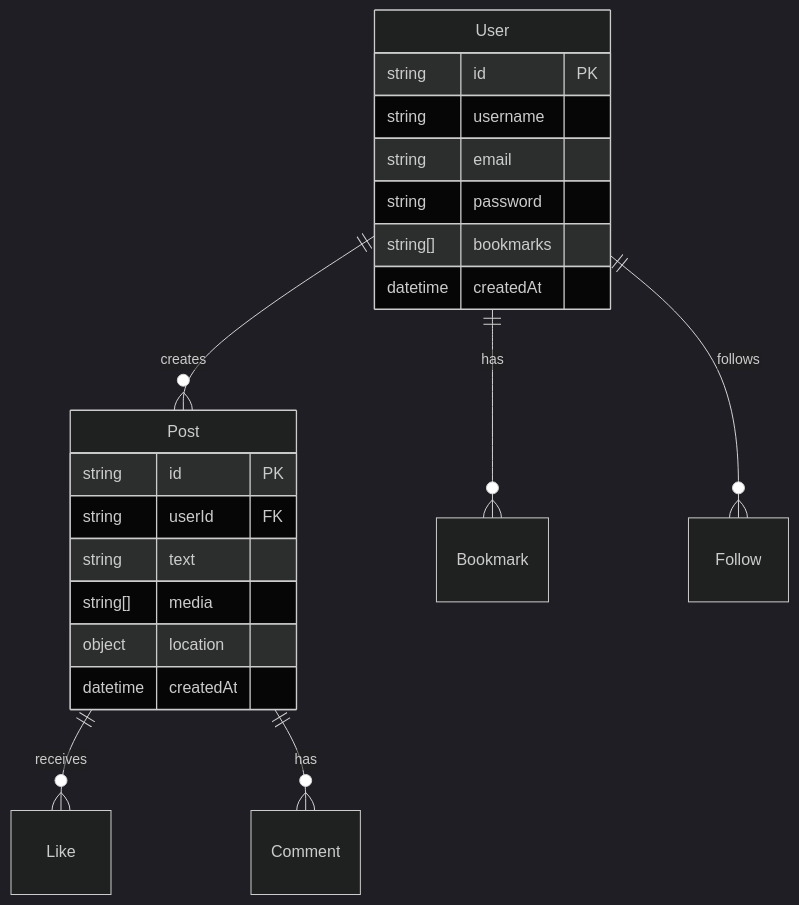
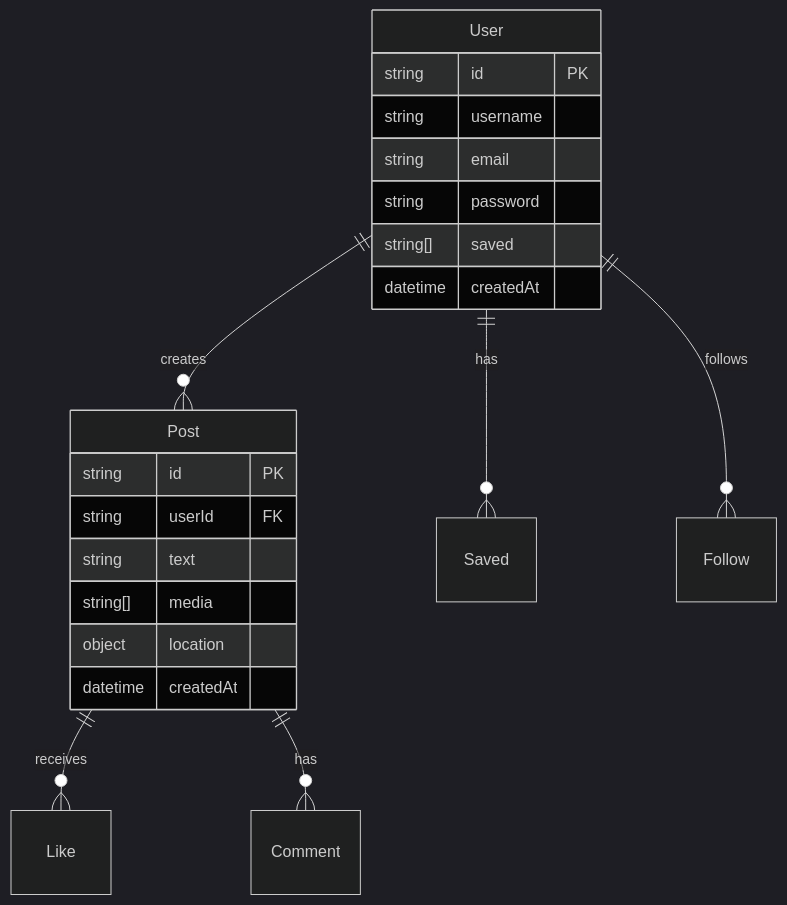
The second of 2 diagrams in packages/backend/README.md (OxyHQ/Mention), drawn with Mermaid (dark theme) before and after one commit. The commit also changed 46 other files, not shown here.

````diff
--- a/packages/backend/README.md
+++ b/packages/backend/README.md
@@ -226,26 +226,26 @@
 ```mermaid
 erDiagram
     User ||--o{ Post : creates
-    User ||--o{ Bookmark : has
+    User ||--o{ Saved : has
     User ||--o{ Follow : follows
     Post ||--o{ Like : receives
     Post ||--o{ Comment : has
     
     User {
         string id PK
         string username
         string email
         string password
-        string[] bookmarks
+        string[] saved
         datetime createdAt
     }
     
     Post {
         string id PK
         string userId FK
         string text
         string[] media
         object location
         datetime createdAt
     }
 ```
````
